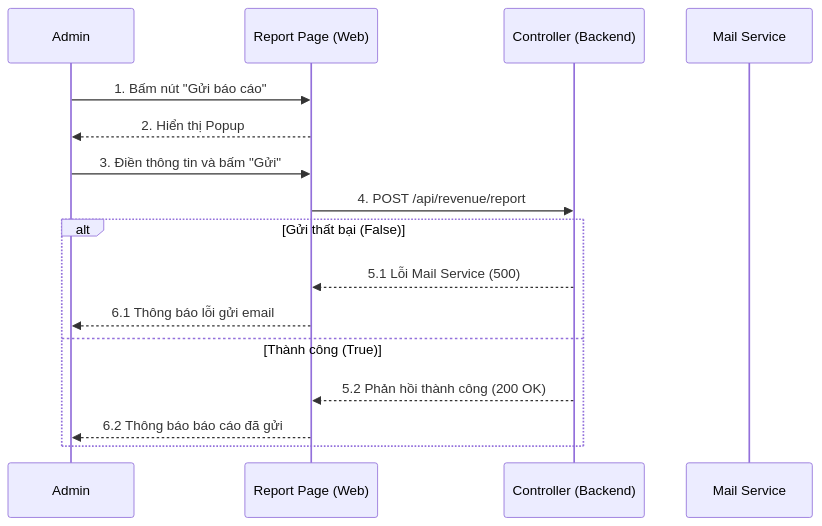
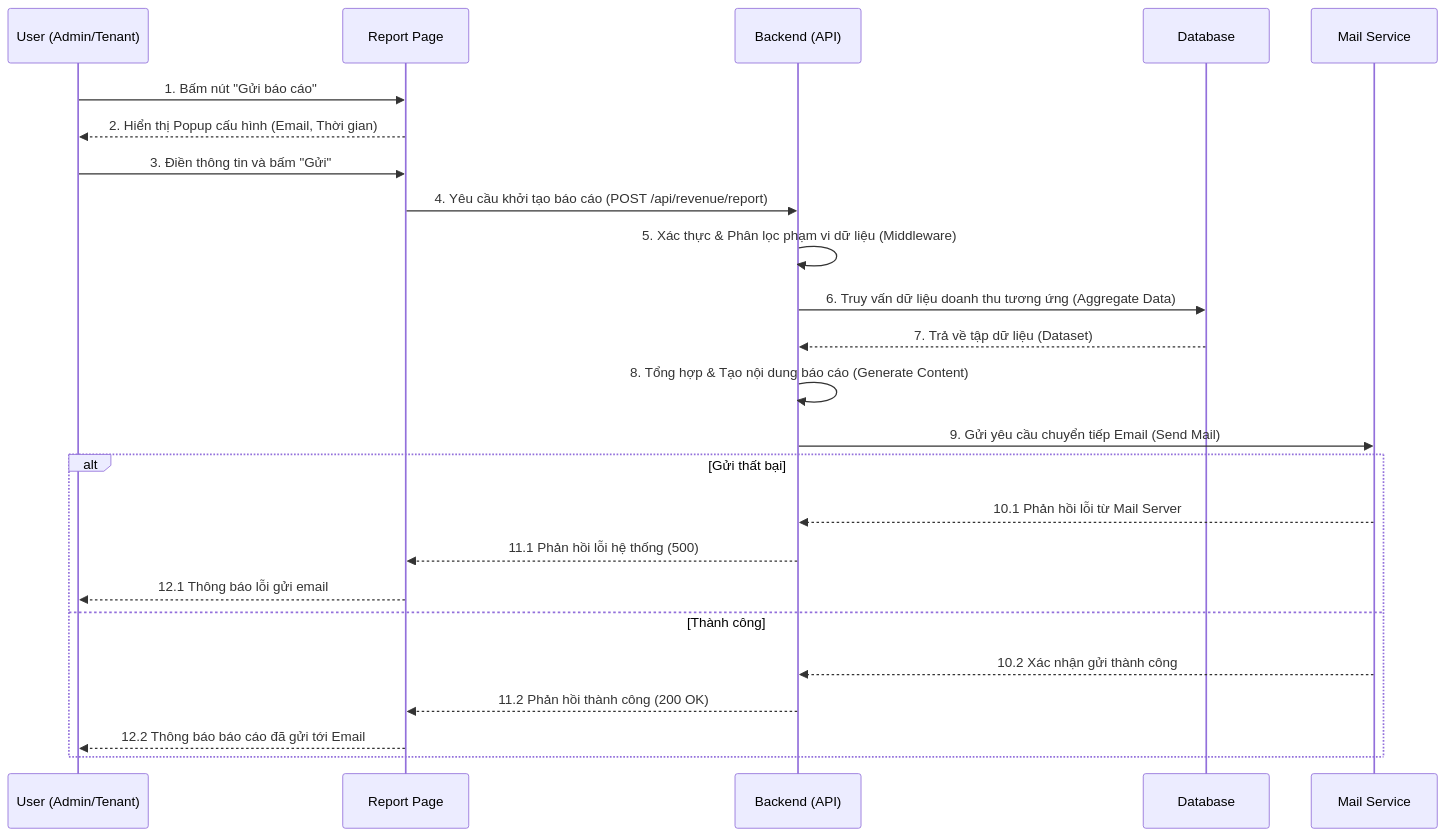
One commit to ngogiaquyen/acw-srs changed the eighth of 18 diagrams in documents/sequence-diagrams.md. Above: the diagram before and after it, drawn with Mermaid. The commit also changed other lines of this file and 23 other files, not shown here.

````diff
--- a/documents/sequence-diagrams.md
+++ b/documents/sequence-diagrams.md
@@ -225,20 +237,31 @@
 ```mermaid
 sequenceDiagram
-    participant A as Admin
-    participant W as Report Page (Web)
-    participant B as Controller (Backend)
+    participant U as User (Admin/Tenant)
+    participant W as Report Page
+    participant B as Backend (API)
+    participant D as Database
     participant M as Mail Service
 
-    A->>W: 1. Bấm nút "Gửi báo cáo"
-    W-->>A: 2. Hiển thị Popup
-    A->>W: 3. Điền thông tin và bấm "Gửi"
-    W->>B: 4. POST /api/revenue/report
+    U->>W: 1. Bấm nút "Gửi báo cáo"
+    W-->>U: 2. Hiển thị Popup cấu hình (Email, Thời gian)
+    U->>W: 3. Điền thông tin và bấm "Gửi"
+    W->>B: 4. Yêu cầu khởi tạo báo cáo (POST /api/revenue/report)
     
-    alt Gửi thất bại (False)
-        B-->>W: 5.1 Lỗi Mail Service (500)
-        W-->>A: 6.1 Thông báo lỗi gửi email
-    else Thành công (True)
-        B-->>W: 5.2 Phản hồi thành công (200 OK)
-        W-->>A: 6.2 Thông báo báo cáo đã gửi
+    B->>B: 5. Xác thực & Phân lọc phạm vi dữ liệu (Middleware)
+    B->>D: 6. Truy vấn dữ liệu doanh thu tương ứng (Aggregate Data)
+    D-->>B: 7. Trả về tập dữ liệu (Dataset)
+    
+    B->>B: 8. Tổng hợp & Tạo nội dung báo cáo (Generate Content)
+    
+    B->>M: 9. Gửi yêu cầu chuyển tiếp Email (Send Mail)
+    
+    alt Gửi thất bại
+        M-->>B: 10.1 Phản hồi lỗi từ Mail Server
+        B-->>W: 11.1 Phản hồi lỗi hệ thống (500)
+        W-->>U: 12.1 Thông báo lỗi gửi email
+    else Thành công
+        M-->>B: 10.2 Xác nhận gửi thành công
+        B-->>W: 11.2 Phản hồi thành công (200 OK)
+        W-->>U: 12.2 Thông báo báo cáo đã gửi tới Email
     end
 ```
````
